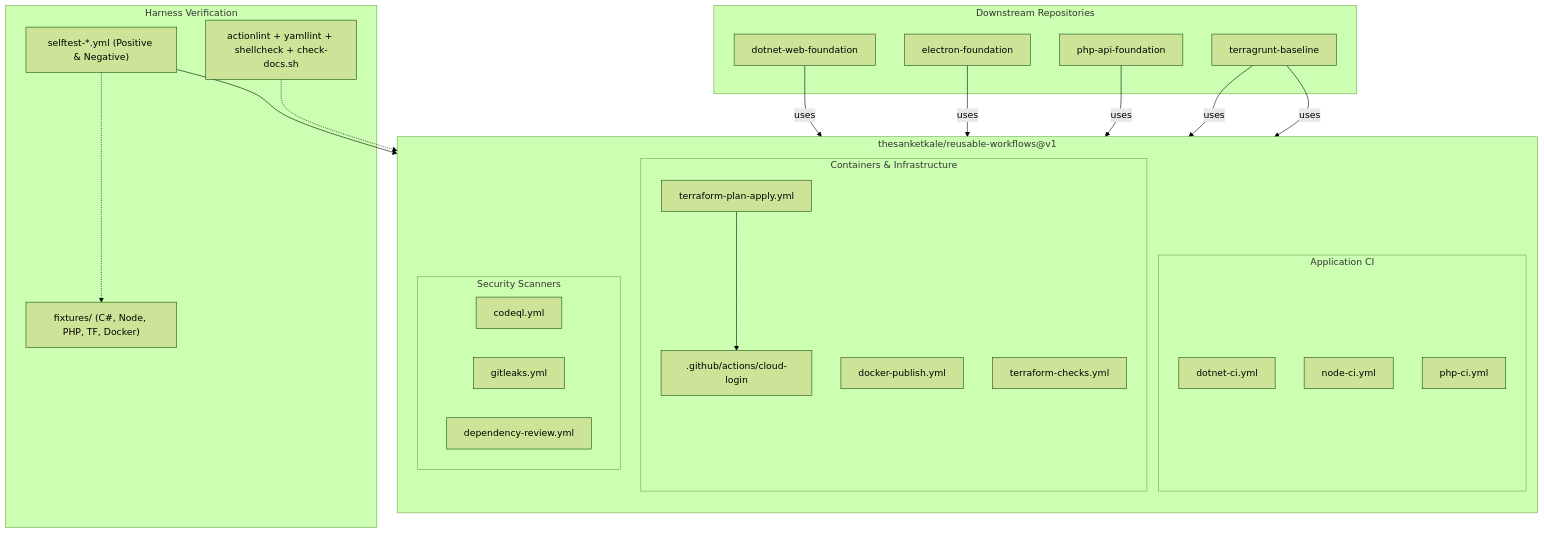
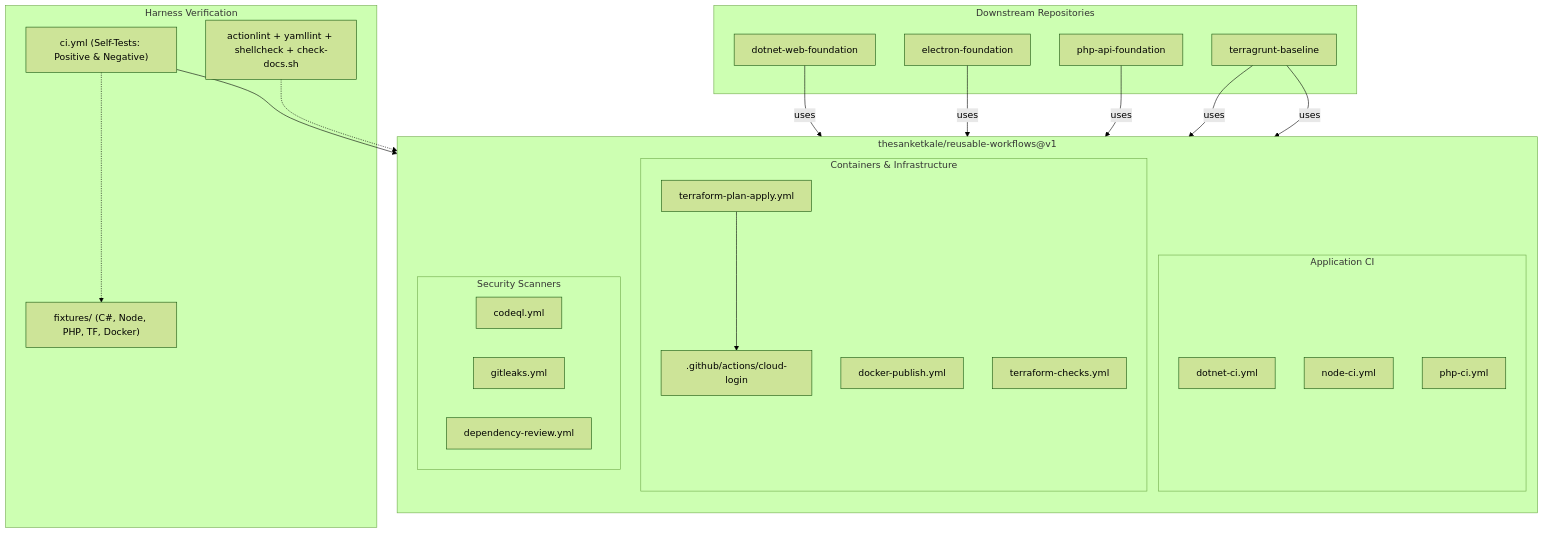
One commit to thesanketkale/reusable-workflows changed the diagram in README.md. Above: the diagram before and after it, drawn with Mermaid (forest theme). The commit also changed other lines of this file and 10 other files, not shown here.

Commit message:
chore(ci): consolidate self-tests into unified ci.yml and fix failure propagation

````diff
--- a/README.md
+++ b/README.md
@@ -74,48 +74,48 @@
 ```mermaid
 flowchart TD
     subgraph Consumers["Downstream Repositories"]
         R_DotNet["dotnet-web-foundation"]
         R_Node["electron-foundation"]
         R_PHP["php-api-foundation"]
         R_TF["terragrunt-baseline"]
     end
 
     subgraph Library["thesanketkale/reusable-workflows@v1"]
         direction TB
         subgraph AppCI["Application CI"]
             WF_DotNet["dotnet-ci.yml"]
             WF_Node["node-ci.yml"]
             WF_PHP["php-ci.yml"]
         end
 
         subgraph InfraCI["Containers & Infrastructure"]
             WF_Docker["docker-publish.yml"]
             WF_TFChecks["terraform-checks.yml"]
             WF_TFPlanApply["terraform-plan-apply.yml"]
             CA_CloudLogin[".github/actions/cloud-login"]
         end
 
         subgraph SecurityCI["Security Scanners"]
             WF_CodeQL["codeql.yml"]
             WF_Gitleaks["gitleaks.yml"]
             WF_DepReview["dependency-review.yml"]
         end
     end
 
     subgraph Gates["Harness Verification"]
         Fixtures["fixtures/ (C#, Node, PHP, TF, Docker)"]
-        Selftests["selftest-*.yml (Positive & Negative)"]
+        Selftests["ci.yml (Self-Tests: Positive & Negative)"]
         Linters["actionlint + yamllint + shellcheck + check-docs.sh"]
     end
 
     R_DotNet -->|"uses"| WF_DotNet
     R_Node -->|"uses"| WF_Node
     R_PHP -->|"uses"| WF_PHP
     R_TF -->|"uses"| WF_TFChecks
     R_TF -->|"uses"| WF_TFPlanApply
 
     WF_TFPlanApply --> CA_CloudLogin
     Selftests --> Library
     Selftests -.-> Fixtures
     Linters -.-> Library
 ```
````
